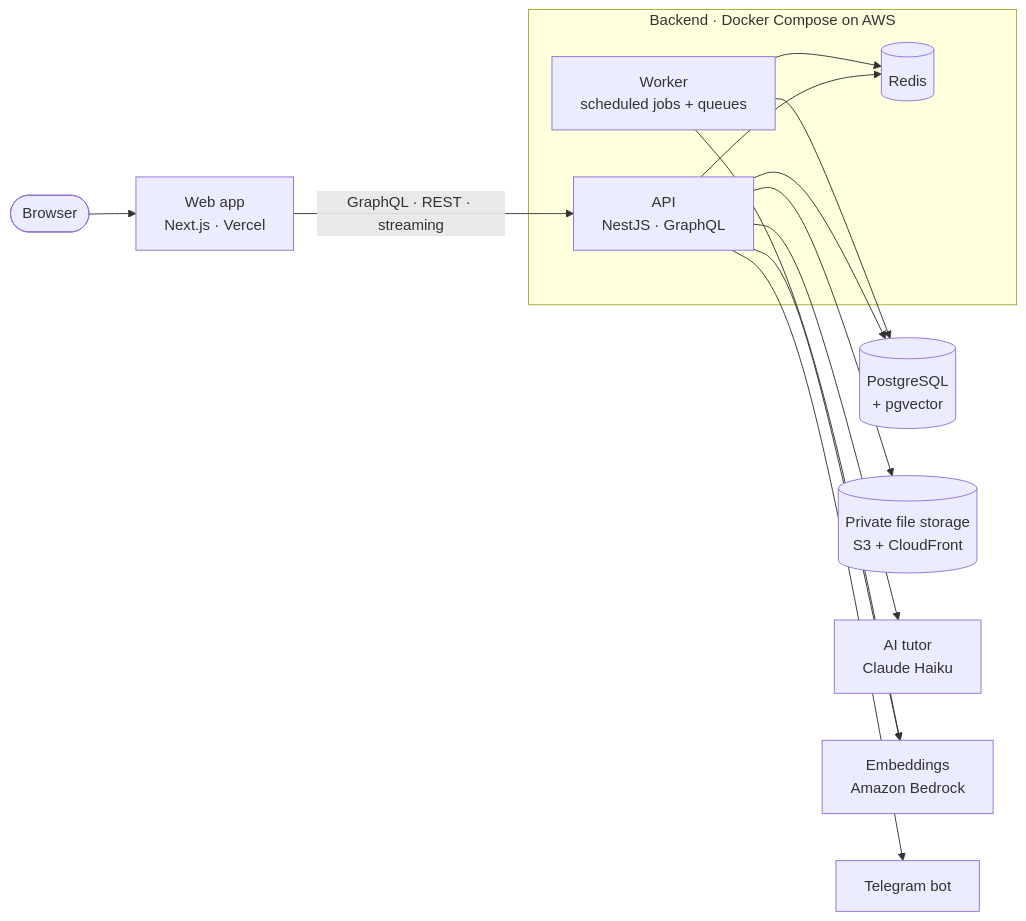
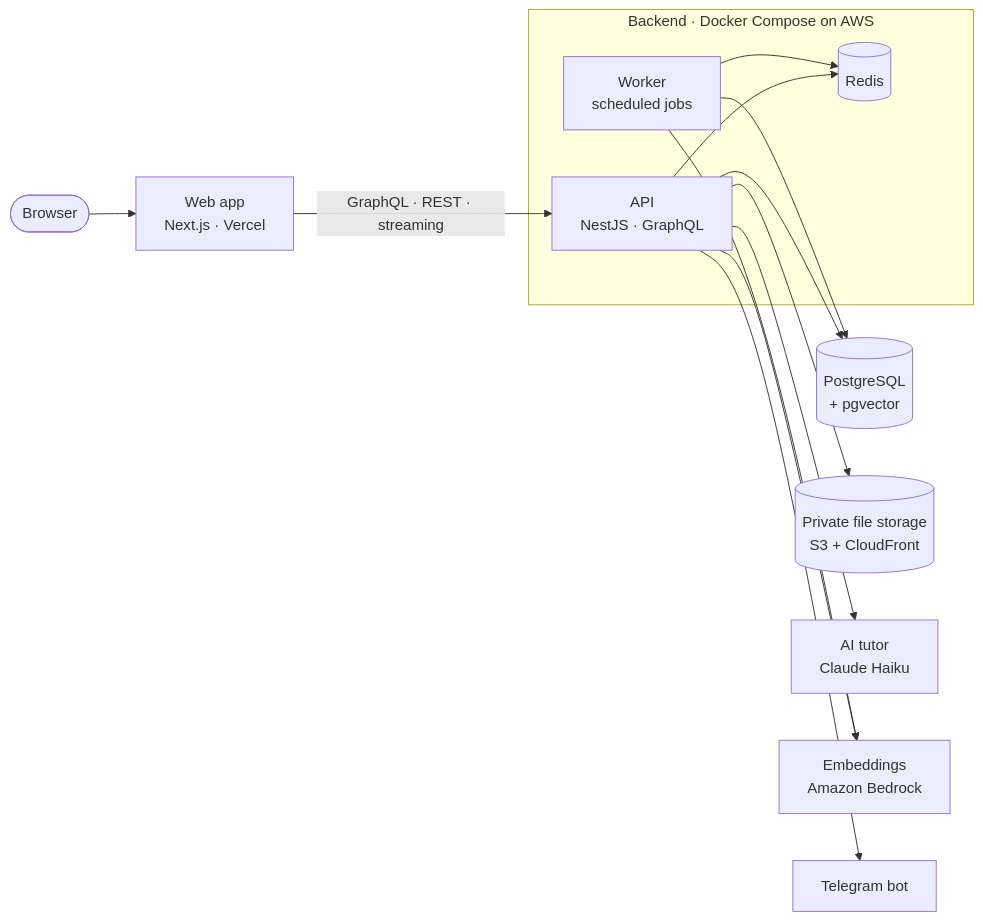
Before and after one commit to sanjardevx/campusly: the diagram in README.md, drawn with Mermaid. The commit also changed other lines of this file, not shown here.

````diff
--- a/README.md
+++ b/README.md
@@ -38,21 +38,21 @@
 ```mermaid
 flowchart LR
   user([Browser]) --> web["Web app<br/>Next.js · Vercel"]
   web -- "GraphQL · REST · streaming" --> api
 
   subgraph server ["Backend · Docker Compose on AWS"]
     api["API<br/>NestJS · GraphQL"]
-    batch["Worker<br/>scheduled jobs + queues"]
+    batch["Worker<br/>scheduled jobs"]
     redis[("Redis")]
   end
 
   api --> pg[("PostgreSQL<br/>+ pgvector")]
   batch --> pg
   api --> redis
   batch --> redis
   api --> s3[("Private file storage<br/>S3 + CloudFront")]
   api --> llm["AI tutor<br/>Claude Haiku"]
   api --> emb["Embeddings<br/>Amazon Bedrock"]
   batch --> emb
   api --> tg["Telegram bot"]
 ```
````
